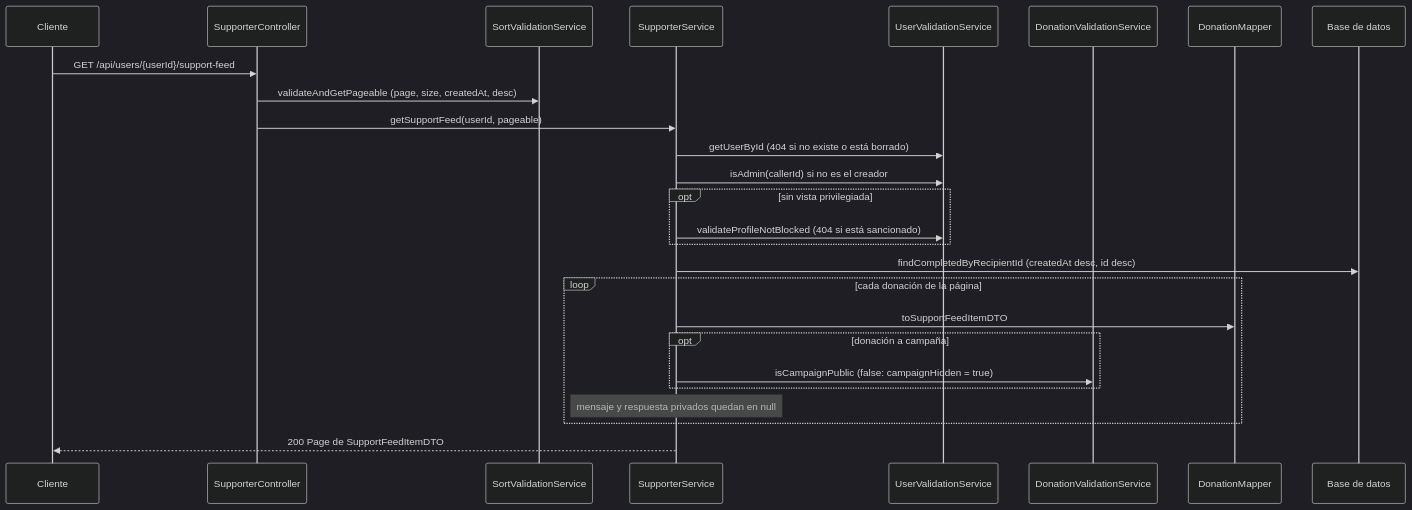
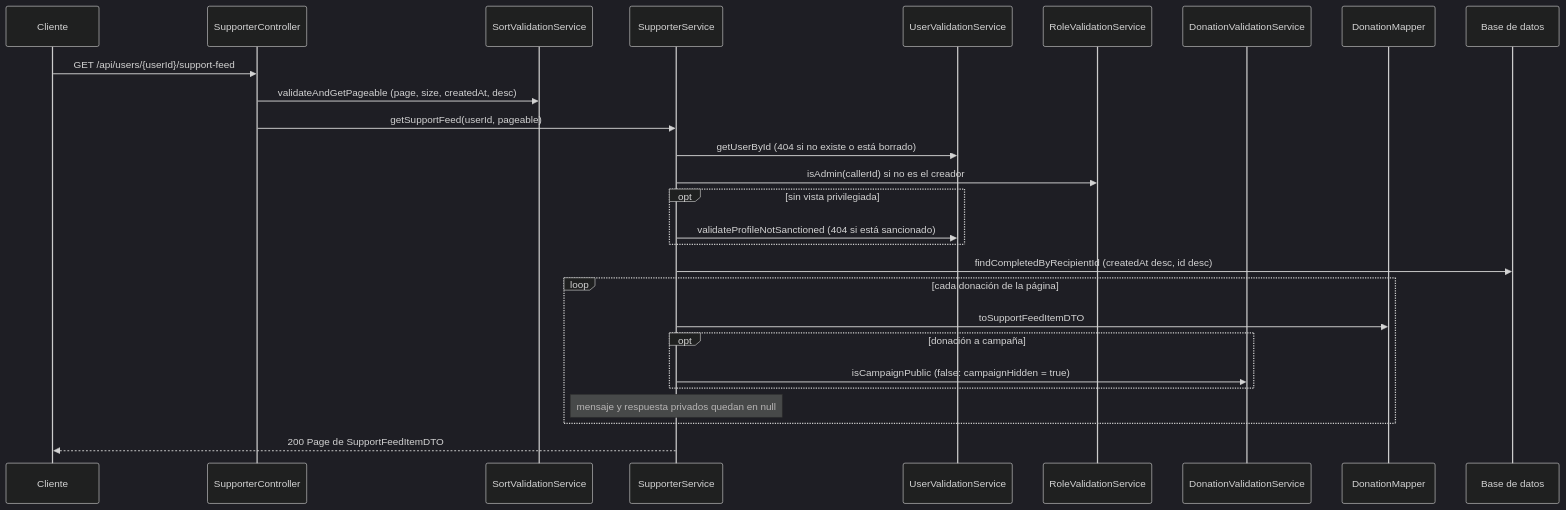
The fifth of 5 diagrams in docs/arquitectura/dominios/donation.md (joseph517/vapati), drawn with Mermaid (dark theme) before and after one commit. The commit also changed other lines of this file and 19 other files, not shown here.

Commit message:
docs: Document the single admin role check and the sanctioned account criterion

````diff
--- a/docs/arquitectura/dominios/donation.md
+++ b/docs/arquitectura/dominios/donation.md
@@ -873,28 +874,29 @@
 ```mermaid
 sequenceDiagram
     participant C as Cliente
     participant SC as SupporterController
     participant SV as SortValidationService
     participant S as SupporterService
     participant UV as UserValidationService
+    participant RV as RoleValidationService
     participant DV as DonationValidationService
     participant M as DonationMapper
     participant DB as Base de datos
     C->>SC: GET /api/users/{userId}/support-feed
     SC->>SV: validateAndGetPageable (page, size, createdAt, desc)
     SC->>S: getSupportFeed(userId, pageable)
     S->>UV: getUserById (404 si no existe o está borrado)
-    S->>UV: isAdmin(callerId) si no es el creador
+    S->>RV: isAdmin(callerId) si no es el creador
     opt sin vista privilegiada
-        S->>UV: validateProfileNotBlocked (404 si está sancionado)
+        S->>UV: validateProfileNotSanctioned (404 si está sancionado)
     end
     S->>DB: findCompletedByRecipientId (createdAt desc, id desc)
     loop cada donación de la página
         S->>M: toSupportFeedItemDTO
         opt donación a campaña
             S->>DV: isCampaignPublic (false: campaignHidden = true)
         end
         Note over S: mensaje y respuesta privados quedan en null
     end
     S-->>C: 200 Page de SupportFeedItemDTO
 ```
````
